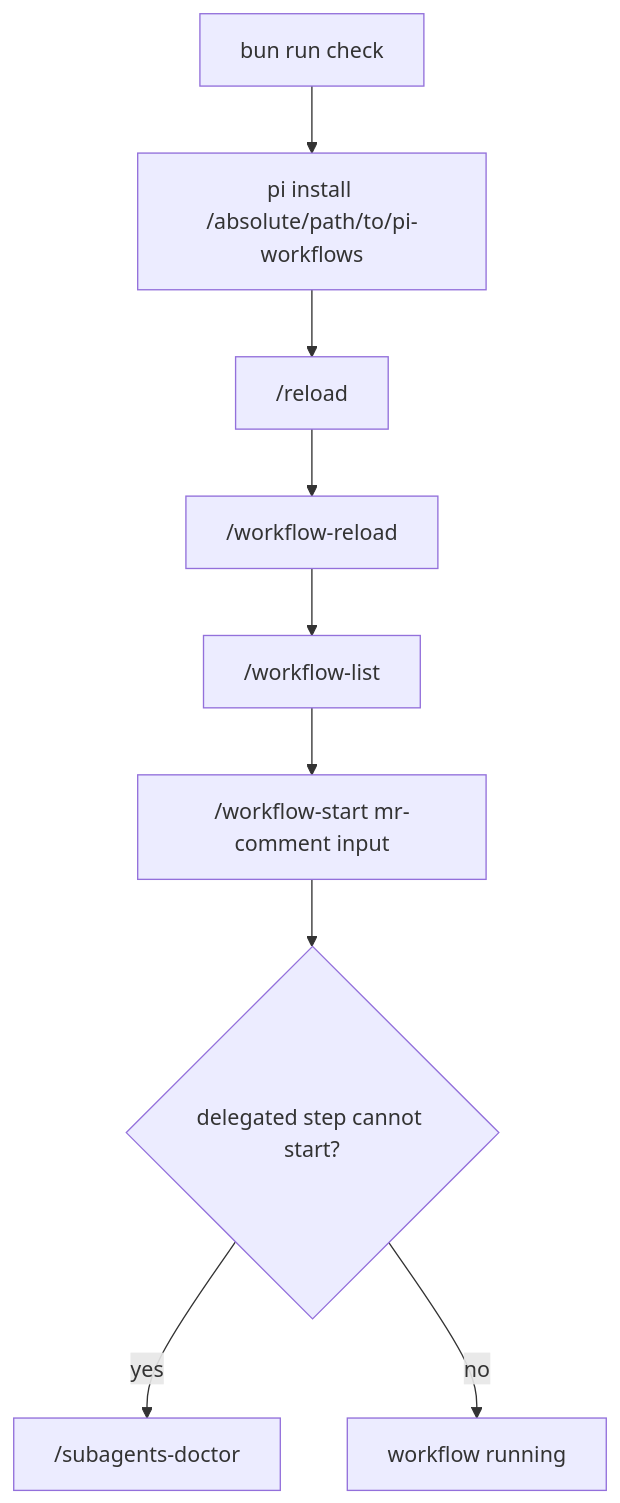
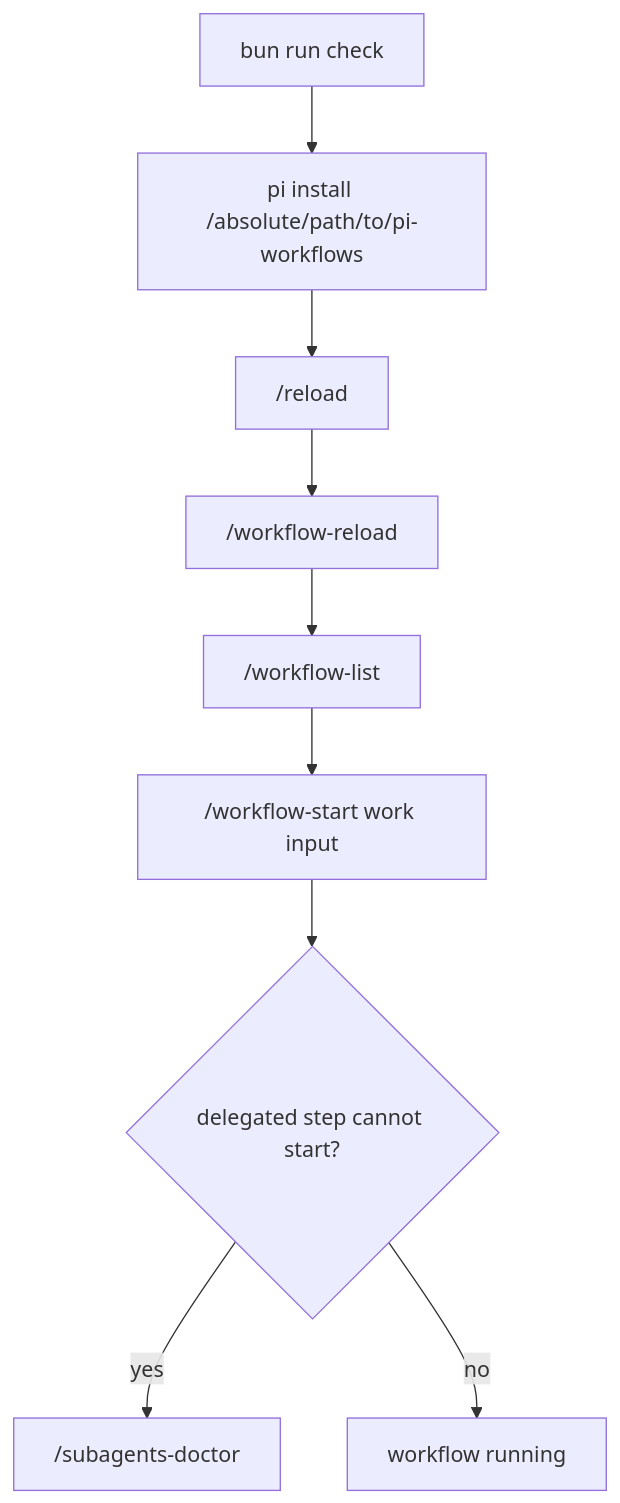
Before and after one commit to wichayutdew/pi-workflows: the fifth of 5 diagrams in openwiki/development/testing.md, drawn with Mermaid. The commit also changed 42 other files, not shown here.

````diff
--- a/openwiki/development/testing.md
+++ b/openwiki/development/testing.md
@@ -76,11 +76,11 @@
 ```mermaid
 flowchart TD
   Check[bun run check] --> Install[pi install /absolute/path/to/pi-workflows]
   Install --> Reload["/reload"]
   Reload --> WorkflowReload["/workflow-reload"]
   WorkflowReload --> List["/workflow-list"]
-  List --> Start["/workflow-start mr-comment input"]
+  List --> Start["/workflow-start work input"]
   Start --> Doctor{delegated step cannot start?}
   Doctor -- yes --> SubDoctor["/subagents-doctor"]
   Doctor -- no --> Done[workflow running]
 ```
````
